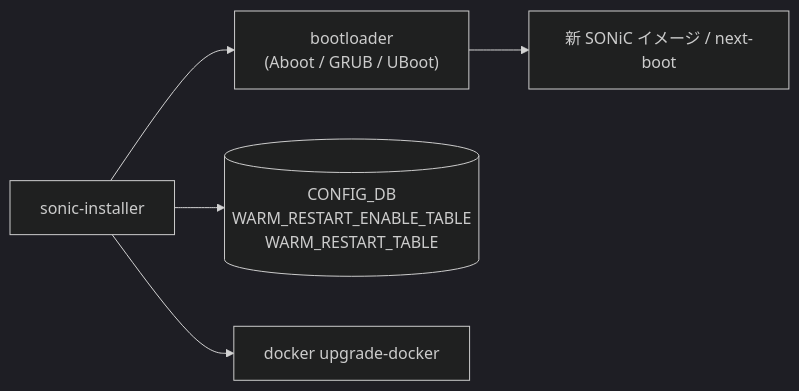
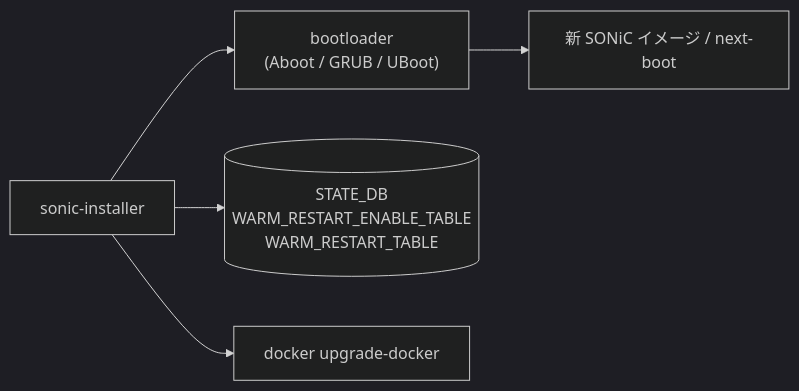
One commit to aoki-taquan/sonic-unofficial-docs changed the diagram in docs/reference/cli/sonic-installer.md. Above: the diagram before and after it, drawn with Mermaid (dark theme). The commit also changed other lines of this file and 22 other files, not shown here.

````diff
--- a/docs/reference/cli/sonic-installer.md
+++ b/docs/reference/cli/sonic-installer.md
@@ -214,12 +213,12 @@
 ```mermaid
 flowchart LR
   CLI["sonic-installer"]
   BL["bootloader<br/>(Aboot / GRUB / UBoot)"]
   IMG["新 SONiC イメージ / next-boot"]
-  CDB[("CONFIG_DB<br/>WARM_RESTART_ENABLE_TABLE<br/>WARM_RESTART_TABLE")]
+  CDB[("STATE_DB<br/>WARM_RESTART_ENABLE_TABLE<br/>WARM_RESTART_TABLE")]
   DK["docker upgrade-docker"]
   CLI --> BL
   BL --> IMG
   CLI --> CDB
   CLI --> DK
 ```
````
